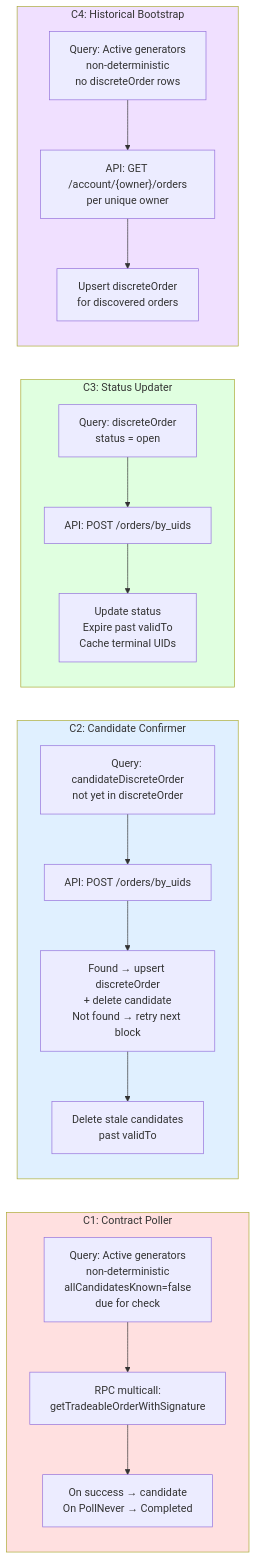
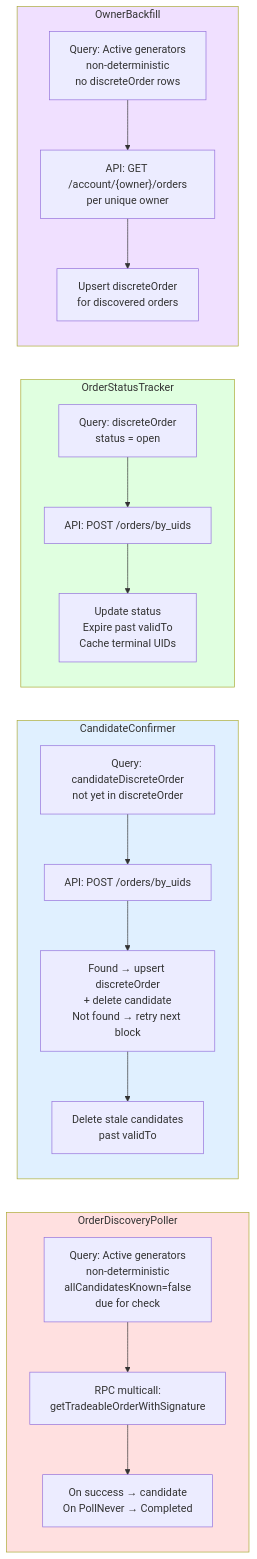
The third of 7 diagrams in agent_docs/m3-orderbook-integration-flow.md (bleu/cow-programmatic-orders-api), drawn with Mermaid before and after one commit. The commit also changed other lines of this file and 12 other files, not shown here.

````diff
--- a/agent_docs/m3-orderbook-integration-flow.md
+++ b/agent_docs/m3-orderbook-integration-flow.md
@@ -473,40 +473,40 @@
 ```mermaid
 flowchart LR
-    subgraph C1["C1: Contract Poller"]
+    subgraph OrderDiscoveryPoller["OrderDiscoveryPoller"]
         direction TB
         C1Q["Query: Active generators<br/>non-deterministic<br/>allCandidatesKnown=false<br/>due for check"]
         C1M["RPC multicall:<br/>getTradeableOrderWithSignature"]
         C1R["On success → candidate<br/>On PollNever → Completed"]
         C1Q --> C1M --> C1R
     end
 
-    subgraph C2["C2: Candidate Confirmer"]
+    subgraph CandidateConfirmer["CandidateConfirmer"]
         direction TB
         C2Q["Query: candidateDiscreteOrder<br/>not yet in discreteOrder"]
         C2F["API: POST /orders/by_uids"]
         C2U["Found → upsert discreteOrder<br/>+ delete candidate<br/>Not found → retry next block"]
         C2X["Delete stale candidates<br/>past validTo"]
         C2Q --> C2F --> C2U --> C2X
     end
 
-    subgraph C3["C3: Status Updater"]
+    subgraph OrderStatusTracker["OrderStatusTracker"]
         direction TB
         C3Q["Query: discreteOrder<br/>status = open"]
         C3F["API: POST /orders/by_uids"]
         C3U["Update status<br/>Expire past validTo<br/>Cache terminal UIDs"]
         C3Q --> C3F --> C3U
     end
 
-    subgraph C4["C4: Historical Bootstrap"]
+    subgraph OwnerBackfill["OwnerBackfill"]
         direction TB
         C4Q["Query: Active generators<br/>non-deterministic<br/>no discreteOrder rows"]
         C4F["API: GET /account/{owner}/orders<br/>per unique owner"]
         C4U["Upsert discreteOrder<br/>for discovered orders"]
         C4Q --> C4F --> C4U
     end
 
-    style C1 fill:#ffe0e0
-    style C2 fill:#e0f0ff
-    style C3 fill:#e0ffe0
-    style C4 fill:#f0e0ff
+    style OrderDiscoveryPoller fill:#ffe0e0
+    style CandidateConfirmer fill:#e0f0ff
+    style OrderStatusTracker fill:#e0ffe0
+    style OwnerBackfill fill:#f0e0ff
 ```
````
